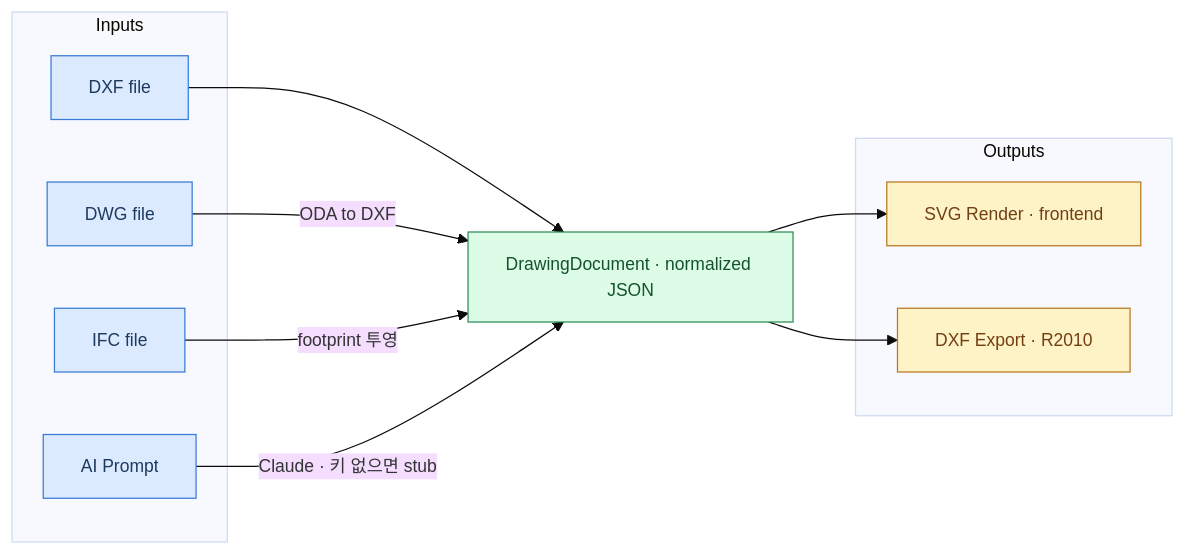
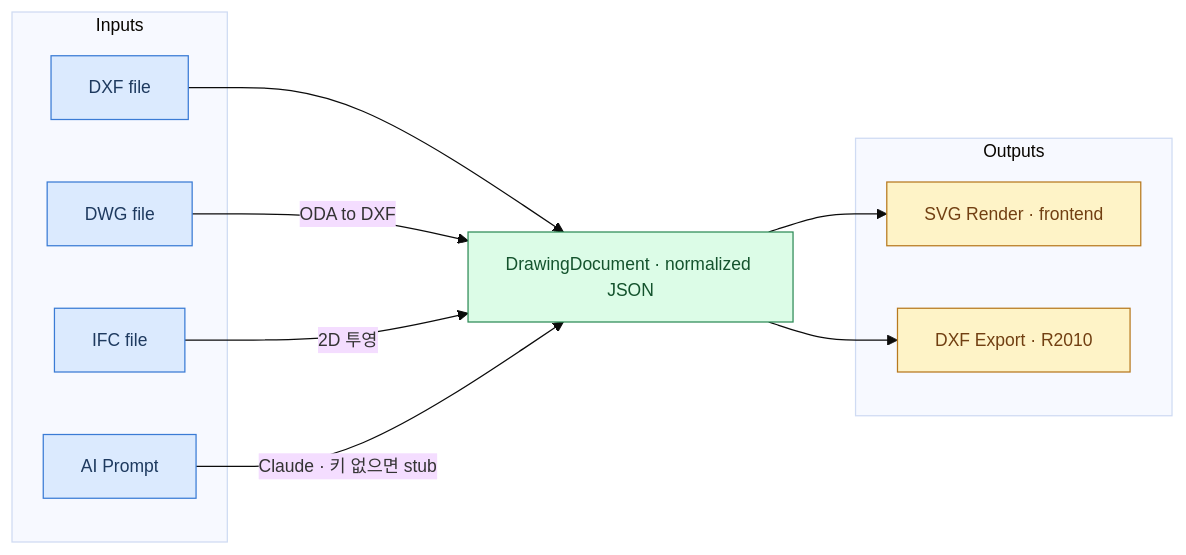
Before and after one commit to fankh/external-projects: the third of 7 diagrams in ian-ai-blueprint/docs/ARCHITECTURE.md, drawn with Mermaid. The commit also changed other lines of this file and 10 other files, not shown here.

````diff
--- a/ian-ai-blueprint/docs/ARCHITECTURE.md
+++ b/ian-ai-blueprint/docs/ARCHITECTURE.md
@@ -109,29 +109,29 @@
 ```mermaid
 %%{init: {'theme': 'base', 'themeVariables': { 'fontSize': '14px' }, 'flowchart': { 'useMaxWidth': true }}}%%
 flowchart LR
   subgraph inputs["Inputs"]
     dxf["DXF file"]
     dwg["DWG file"]
     ifc["IFC file"]
     prompt["AI Prompt"]
   end
   doc["DrawingDocument · normalized JSON"]
   subgraph outputs["Outputs"]
     svg["SVG Render · frontend"]
     exp["DXF Export · R2010"]
   end
 
   dxf --> doc
   dwg -->|"ODA to DXF"| doc
-  ifc -->|"footprint 투영"| doc
+  ifc -->|"2D 투영"| doc
   prompt -->|"Claude · 키 없으면 stub"| doc
   doc --> svg
   doc --> exp
 
   classDef ci fill:#dbeafe,stroke:#3a7bd5,color:#1e3a5f
   classDef cd fill:#dcfce7,stroke:#2e8b57,color:#14532d
   classDef co fill:#fef3c7,stroke:#b7791f,color:#713f12
   class dxf,dwg,ifc,prompt ci
   class doc cd
   class svg,exp co
 ```
````
